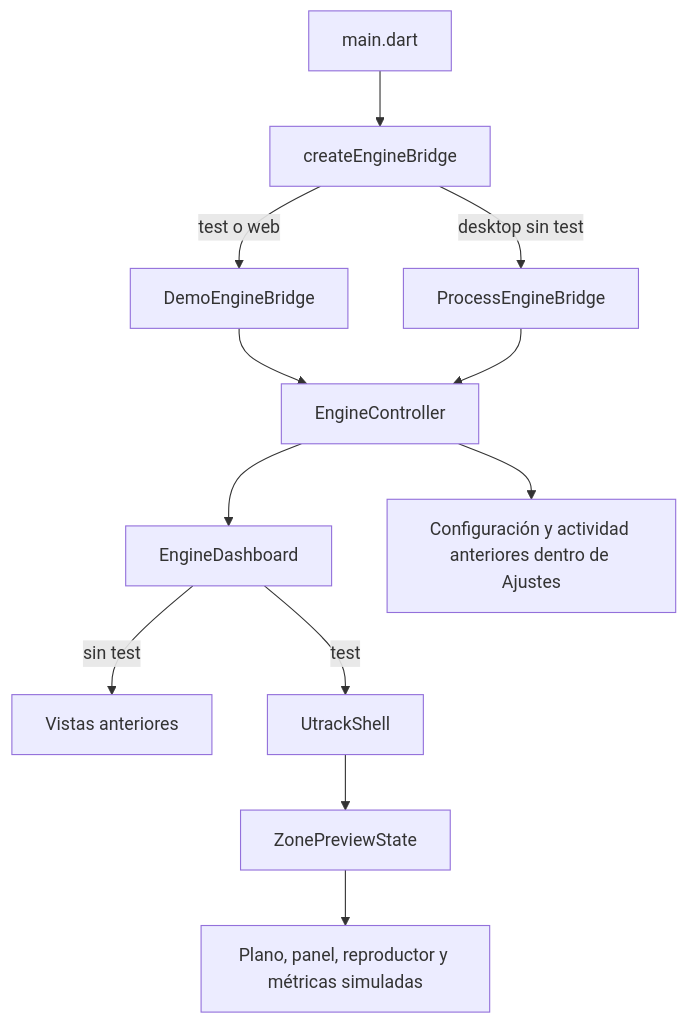
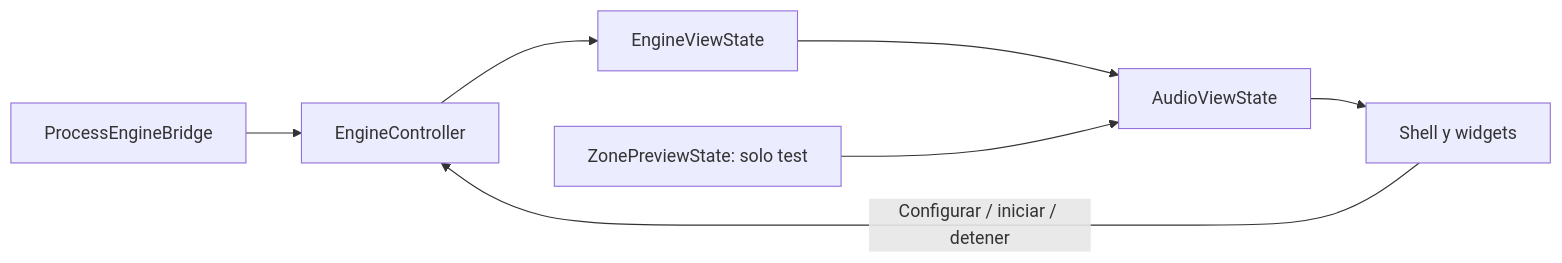
One commit to 3mm404/Utrack_Desktop changed the diagram in docs/ARQUITECTURA.md. Above: the diagram before and after it, drawn with Mermaid. The commit also changed other lines of this file and 40 other files, not shown here.

````diff
--- a/docs/ARQUITECTURA.md
+++ b/docs/ARQUITECTURA.md
@@ -44,14 +32,9 @@
 ```mermaid
-flowchart TD
-  A[main.dart] --> F[createEngineBridge]
-  F -->|test o web| D[DemoEngineBridge]
-  F -->|desktop sin test| P[ProcessEngineBridge]
-  D --> C[EngineController]
-  P --> C
-  C --> V[EngineDashboard]
-  V -->|sin test| L[Vistas anteriores]
-  V -->|test| S[UtrackShell]
-  S --> Z[ZonePreviewState]
-  Z --> W[Plano, panel, reproductor y métricas simuladas]
-  C --> Q[Configuración y actividad anteriores dentro de Ajustes]
+flowchart LR
+  P[ProcessEngineBridge] --> C[EngineController]
+  C --> E[EngineViewState]
+  E --> A[AudioViewState]
+  T[ZonePreviewState: solo test] --> A
+  A --> W[Shell y widgets]
+  W -->|Configurar / iniciar / detener| C
 ```
````
